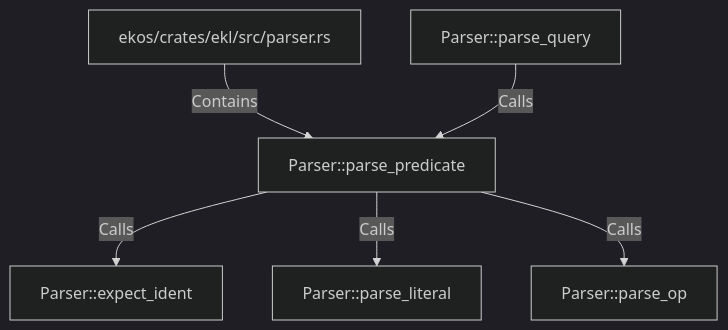
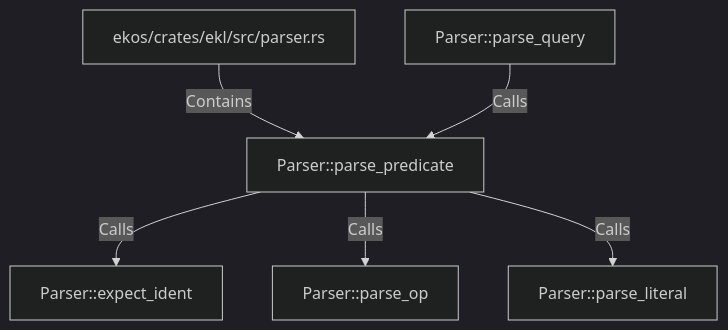
One commit to alexeyban/EKOS changed the diagram in doc/entities/rustsymbol/pa/parser-parse-predicate.md. Above: the diagram before and after it, drawn with Mermaid (dark theme). The commit also changed other lines of this file and 552 other files, not shown here.

````diff
--- a/doc/entities/rustsymbol/pa/parser-parse-predicate.md
+++ b/doc/entities/rustsymbol/pa/parser-parse-predicate.md
@@ -24,14 +24,14 @@
 ```mermaid
 graph TD
     n13dfbb5c4862500da859066930201fb1["Parser::parse_predicate"]
     n7eda253187c8504892b2c98483606431["ekos/crates/ekl/src/parser.rs"]
     n7eda253187c8504892b2c98483606431 -->|Contains| n13dfbb5c4862500da859066930201fb1
     n4147b7b99d995be9b91f42752c6f6561["Parser::parse_query"]
     n4147b7b99d995be9b91f42752c6f6561 -->|Calls| n13dfbb5c4862500da859066930201fb1
     nb6c351aeb2685230a6df6a4cfd1a8f80["Parser::expect_ident"]
     n13dfbb5c4862500da859066930201fb1 -->|Calls| nb6c351aeb2685230a6df6a4cfd1a8f80
+    ne087e93224ce558e98f1852fd478017f["Parser::parse_op"]
+    n13dfbb5c4862500da859066930201fb1 -->|Calls| ne087e93224ce558e98f1852fd478017f
     nbcca247dbb0c526da31620cd7dbe0337["Parser::parse_literal"]
     n13dfbb5c4862500da859066930201fb1 -->|Calls| nbcca247dbb0c526da31620cd7dbe0337
-    ne087e93224ce558e98f1852fd478017f["Parser::parse_op"]
-    n13dfbb5c4862500da859066930201fb1 -->|Calls| ne087e93224ce558e98f1852fd478017f
 ```
````
